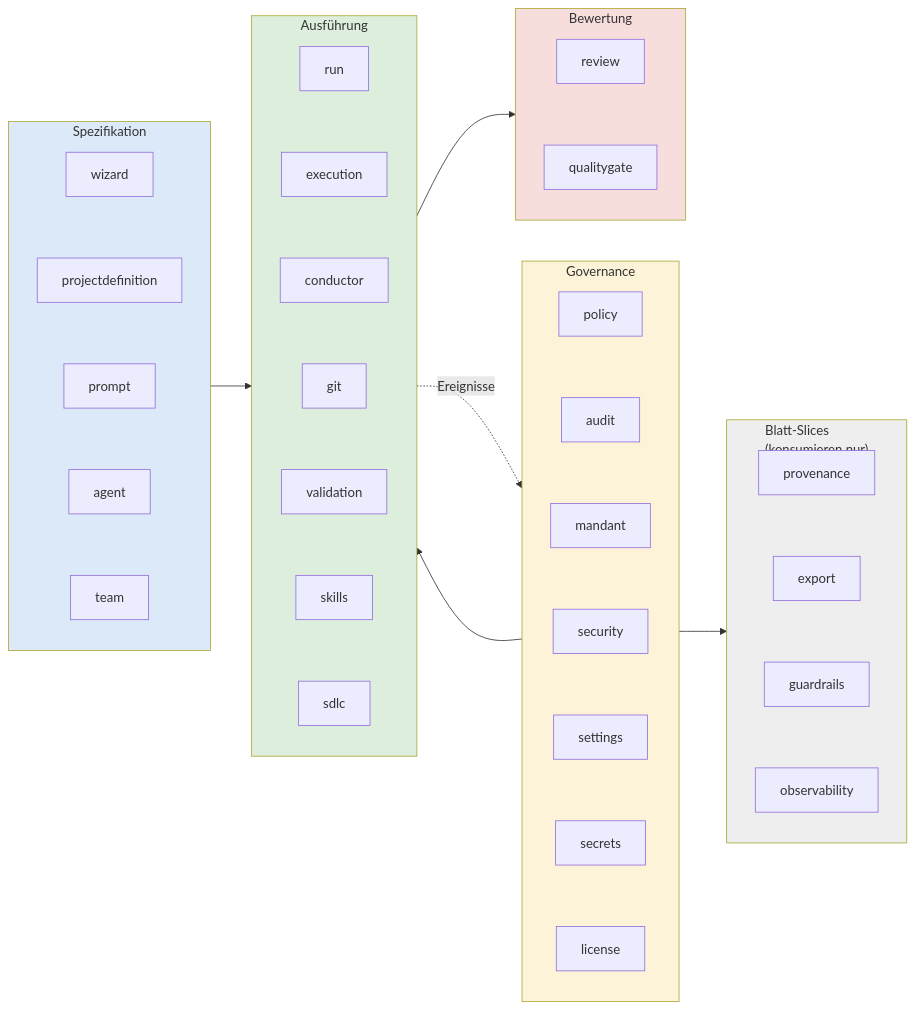
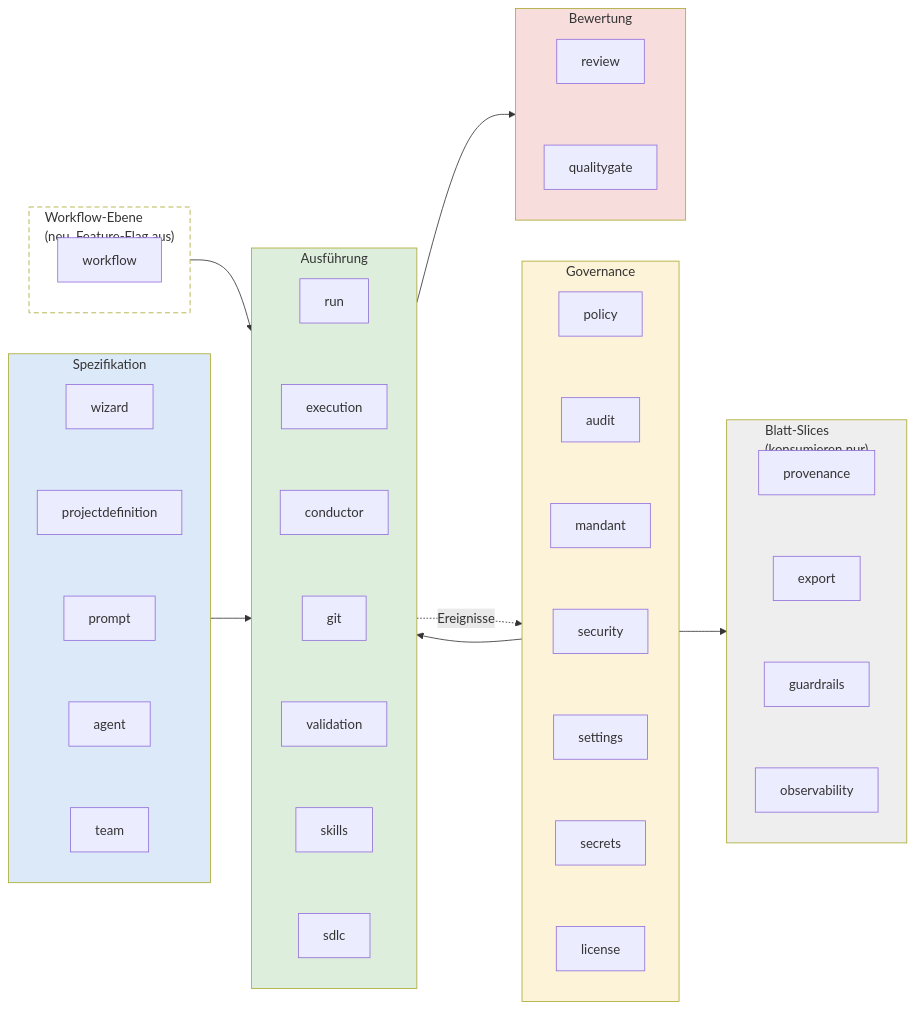
The diagram in abbildungen/abb23.mmd (mjanda0815/agentic-publikation), drawn with Mermaid before and after one commit. The commit also changed 12 other files, not shown here.

```diff
--- a/abbildungen/abb23.mmd
+++ b/abbildungen/abb23.mmd
@@ -1,31 +1,37 @@
 flowchart LR
     subgraph SPEC["Spezifikation"]
         direction TB
         WIZ["wizard"] ~~~ PD["projectdefinition"] ~~~ PR["prompt"] ~~~ AG["agent"] ~~~ TE["team"]
     end
     subgraph GOV["Governance"]
         direction TB
         POL["policy"] ~~~ AUD["audit"] ~~~ MAN["mandant"] ~~~ SECU["security"] ~~~ SET["settings"] ~~~ SECR["secrets"] ~~~ LIC["license"]
     end
     subgraph EXEC["Ausführung"]
         direction TB
         RUN["run"] ~~~ EX["execution"] ~~~ CON["conductor"] ~~~ GT["git"] ~~~ VAL["validation"] ~~~ SK["skills"] ~~~ SD["sdlc"]
     end
     subgraph QUAL["Bewertung"]
         direction TB
         REV["review"] ~~~ QG["qualitygate"]
     end
     subgraph LEAF["Blatt-Slices<br/>(konsumieren nur)"]
         direction TB
         PROV["provenance"] ~~~ EXP["export"] ~~~ GR["guardrails"] ~~~ OBS["observability"]
     end
+    subgraph WFL["Workflow-Ebene<br/>(neu, Feature-Flag aus)"]
+        direction TB
+        WF["workflow"]
+    end
+    WFL --> EXEC
     SPEC --> EXEC
     GOV --> EXEC
     EXEC --> QUAL
     EXEC -. "Ereignisse" .-> GOV
     GOV --> LEAF
     style SPEC fill:#dbe9f8
     style EXEC fill:#ddeedd
     style QUAL fill:#f8dddd
     style GOV fill:#fdf3d8
     style LEAF fill:#eeeeee
+    style WFL fill:#ffffff,stroke-dasharray: 6 4
```
